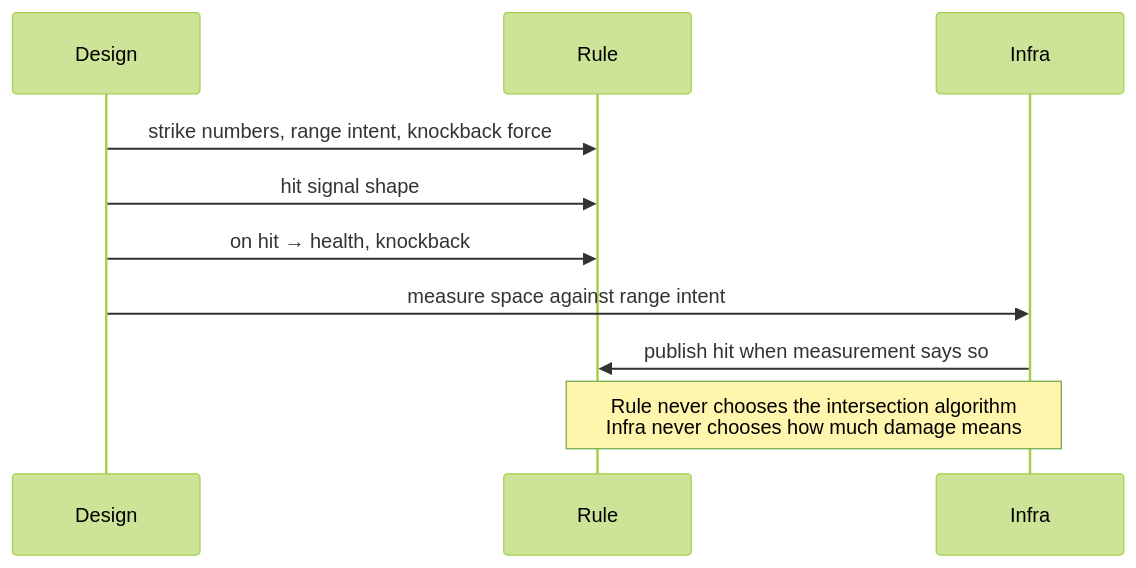
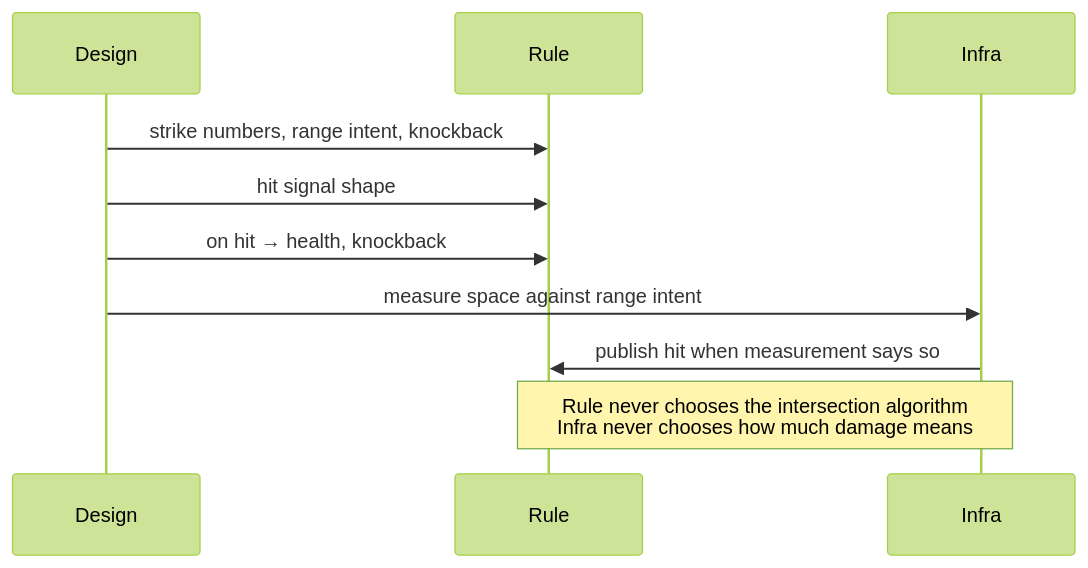
Before and after one commit to fm39hz/fm39hz-blogs: the first of 8 diagrams in src/content/articles/another-way-to-think-about-game-architecture.md, drawn with Mermaid (forest theme). The commit also changed other lines of this file, not shown here.

````diff
--- a/src/content/articles/another-way-to-think-about-game-architecture.md
+++ b/src/content/articles/another-way-to-think-about-game-architecture.md
@@ -71,15 +66,15 @@
 ```mermaid
 sequenceDiagram
     participant Design
     participant Rule
     participant Infra
 
-    Design->>Rule: strike numbers, range intent, knockback force
+    Design->>Rule: strike numbers, range intent, knockback
     Design->>Rule: hit signal shape
     Design->>Rule: on hit → health, knockback
 
     Design->>Infra: measure space against range intent
     Infra->>Rule: publish hit when measurement says so
 
     Note over Rule,Infra: Rule never chooses the intersection algorithm<br/>Infra never chooses how much damage means
 ```
````
